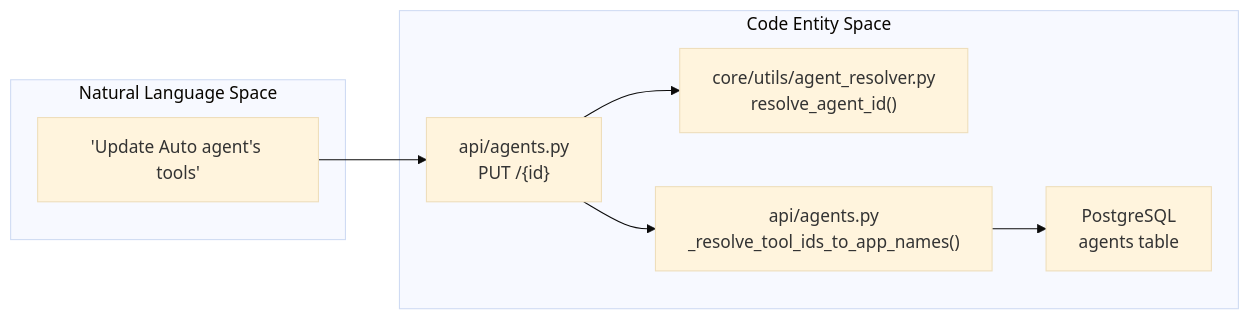
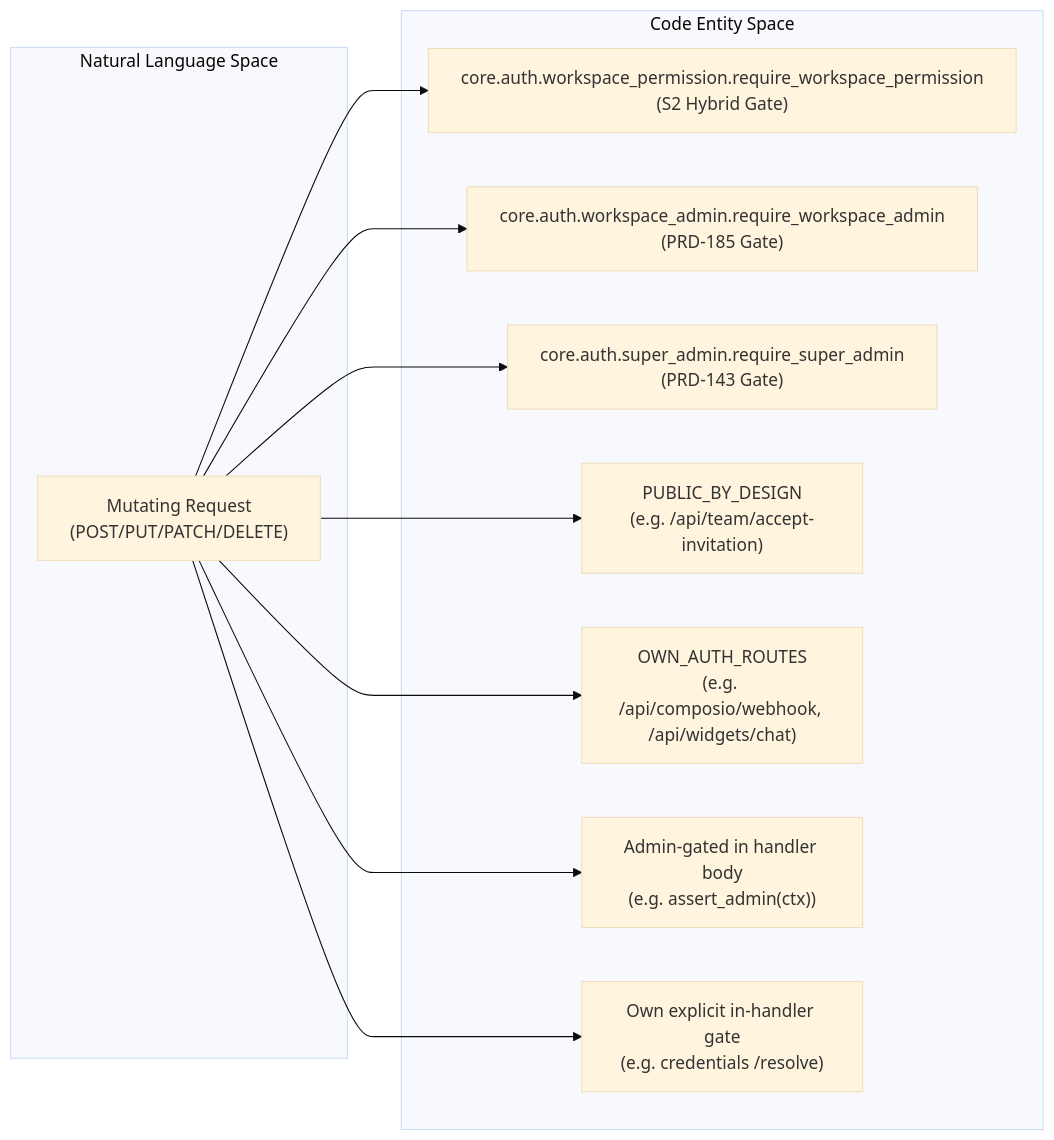
One commit to AutomatosAI/automatos-ai changed the third of 3 diagrams in docs/backend-architecture/api-router-organization.md. Above: the diagram before and after it, drawn with Mermaid (base theme). The commit also changed other lines of this file and 191 other files, not shown here.

````diff
--- a/docs/backend-architecture/api-router-organization.md
+++ b/docs/backend-architecture/api-router-organization.md
@@ -130,18 +175,24 @@
 ```mermaid
 graph LR
     subgraph "Natural Language Space"
-        User["'Update Auto agent's tools'"]
+        UserReq["Mutating Request<br/>(POST/PUT/PATCH/DELETE)"]
     end
 
     subgraph "Code Entity Space"
-        Router["api/agents.py<br/>PUT /{id}"]
-        Resolver["core/utils/agent_resolver.py<br/>resolve_agent_id()"]
-        ToolMap["api/agents.py<br/>_resolve_tool_ids_to_app_names()"]
-        DB["PostgreSQL<br/>agents table"]
+        HybridGate["core.auth.workspace_permission.require_workspace_permission<br/>(S2 Hybrid Gate)"]
+        AdminGate["core.auth.workspace_admin.require_workspace_admin<br/>(PRD-185 Gate)"]
+        SuperAdmin["core.auth.super_admin.require_super_admin<br/>(PRD-143 Gate)"]
+        Public["PUBLIC_BY_DESIGN<br/>(e.g. /api/team/accept-invitation)"]
+        OwnAuth["OWN_AUTH_ROUTES<br/>(e.g. /api/composio/webhook, /api/widgets/chat)"]
+        AdminInHandler["Admin-gated in handler body<br/>(e.g. assert_admin(ctx))"]
+        OwnGateInHandler["Own explicit in-handler gate<br/>(e.g. credentials /resolve)"]
     end
 
-    User --> Router
-    Router --> Resolver
-    Router --> ToolMap
-    ToolMap --> DB
+    UserReq --> HybridGate
+    UserReq --> AdminGate
+    UserReq --> SuperAdmin
+    UserReq --> Public
+    UserReq --> OwnAuth
+    UserReq --> AdminInHandler
+    UserReq --> OwnGateInHandler
 ```
````
